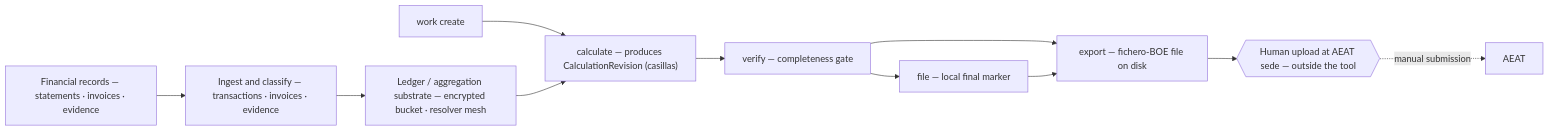
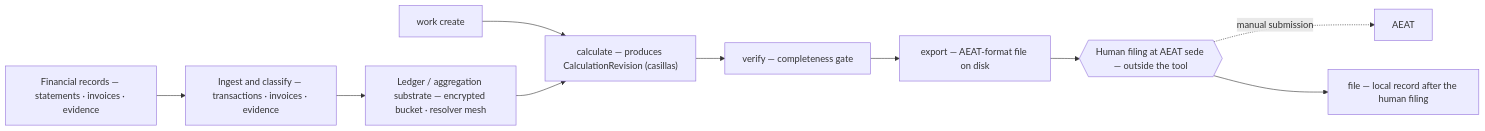
The third of 5 diagrams in docs/architecture/index.md (nevenincs/cadrumo), drawn with Mermaid before and after one commit. The commit also changed other lines of this file and 2502 other files, not shown here.

````diff
--- a/docs/architecture/index.md
+++ b/docs/architecture/index.md
@@ -187,22 +192,21 @@
 ```mermaid
 flowchart LR
     REC["Financial records — statements · invoices · evidence"]
     ING["Ingest and classify — transactions · invoices · evidence"]
     LED["Ledger / aggregation substrate — encrypted bucket · resolver mesh"]
     CRE["work create"]
     CAL["calculate — produces CalculationRevision (casillas)"]
     VER["verify — completeness gate"]
-    FIL["file — local final marker"]
-    EXP["export — fichero-BOE file on disk"]
-    HUM{{"Human upload at AEAT sede — outside the tool"}}
+    FIL["file — local record after the human filing"]
+    EXP["export — AEAT-format file on disk"]
+    HUM{{"Human filing at AEAT sede — outside the tool"}}
     AEAT["AEAT"]
     REC --> ING --> LED
     CRE --> CAL
     LED --> CAL
     CAL --> VER
-    VER --> FIL
     VER --> EXP
-    FIL --> EXP
     EXP --> HUM
     HUM -.->|"manual submission"| AEAT
+    HUM --> FIL
 ```
````
